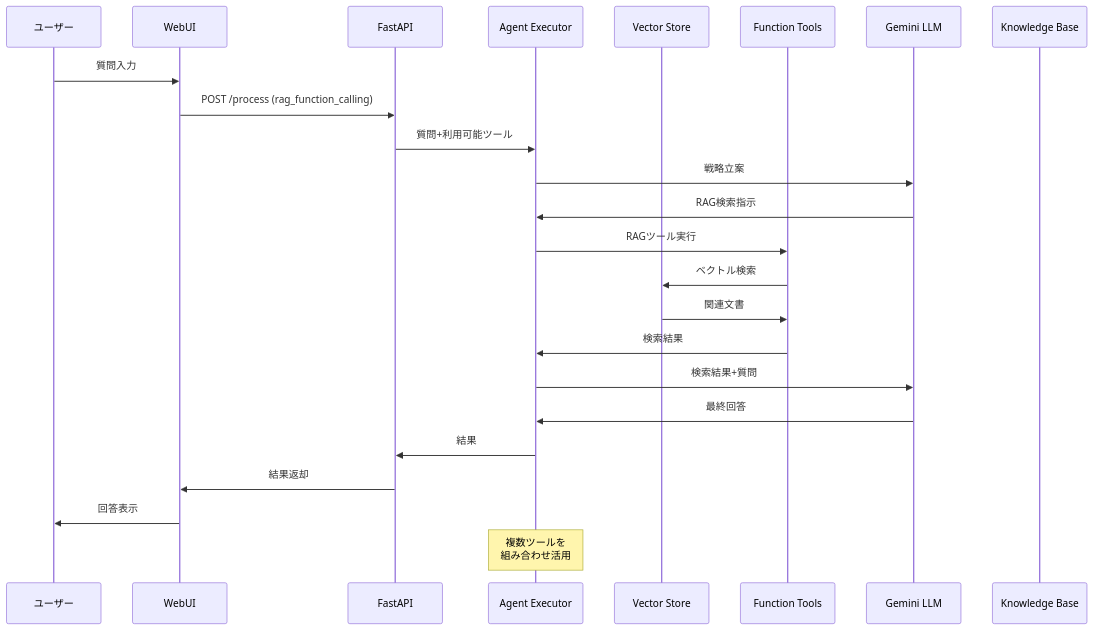
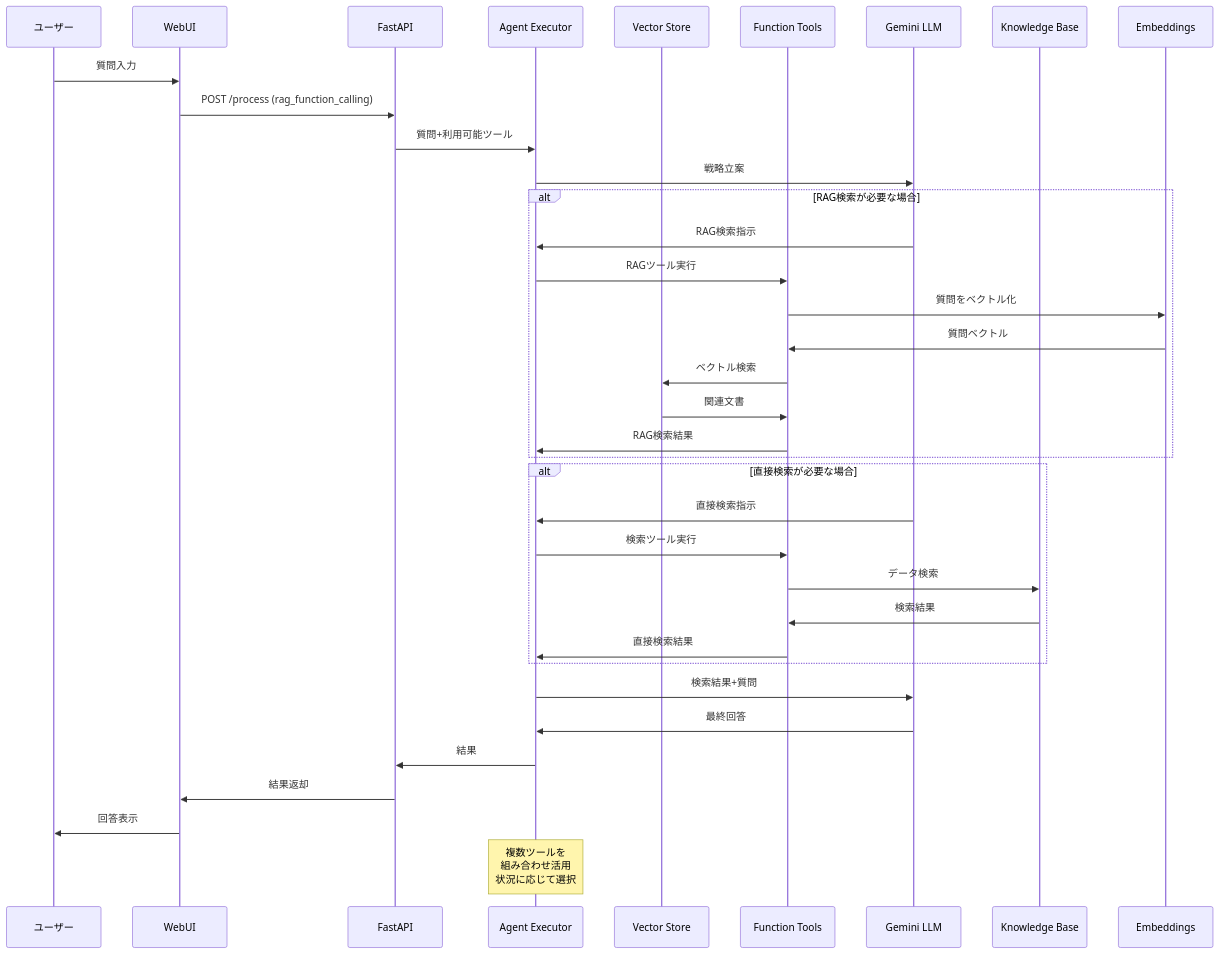
One commit to safubuki/rag-sample-codes changed diagram 11 of 11 in README.md. Above: the diagram before and after it, drawn with Mermaid. The commit also changed other lines of this file, not shown here.

````diff
--- a/README.md
+++ b/README.md
@@ -377,28 +377,43 @@
 ```mermaid
 sequenceDiagram
     participant User as ユーザー
     participant UI as WebUI
     participant API as FastAPI
     participant Agent as Agent Executor
     participant VectorDB as Vector Store
     participant Tools as Function Tools
     participant LLM as Gemini LLM
     participant KB as Knowledge Base
+    participant Embed as Embeddings
     
     User->>UI: 質問入力
     UI->>API: POST /process (rag_function_calling)
     API->>Agent: 質問+利用可能ツール
     Agent->>LLM: 戦略立案
-    LLM->>Agent: RAG検索指示
-    Agent->>Tools: RAGツール実行
-    Tools->>VectorDB: ベクトル検索
-    VectorDB->>Tools: 関連文書
-    Tools->>Agent: 検索結果
+    
+    alt RAG検索が必要な場合
+        LLM->>Agent: RAG検索指示
+        Agent->>Tools: RAGツール実行
+        Tools->>Embed: 質問をベクトル化
+        Embed->>Tools: 質問ベクトル
+        Tools->>VectorDB: ベクトル検索
+        VectorDB->>Tools: 関連文書
+        Tools->>Agent: RAG検索結果
+    end
+    
+    alt 直接検索が必要な場合
+        LLM->>Agent: 直接検索指示
+        Agent->>Tools: 検索ツール実行
+        Tools->>KB: データ検索
+        KB->>Tools: 検索結果
+        Tools->>Agent: 直接検索結果
+    end
+    
     Agent->>LLM: 検索結果+質問
     LLM->>Agent: 最終回答
     Agent->>API: 結果
     API->>UI: 結果返却
     UI->>User: 回答表示
     
-    Note over Agent: 複数ツールを<br/>組み合わせ活用
+    Note over Agent: 複数ツールを<br/>組み合わせ活用<br/>状況に応じて選択
 ```
````
